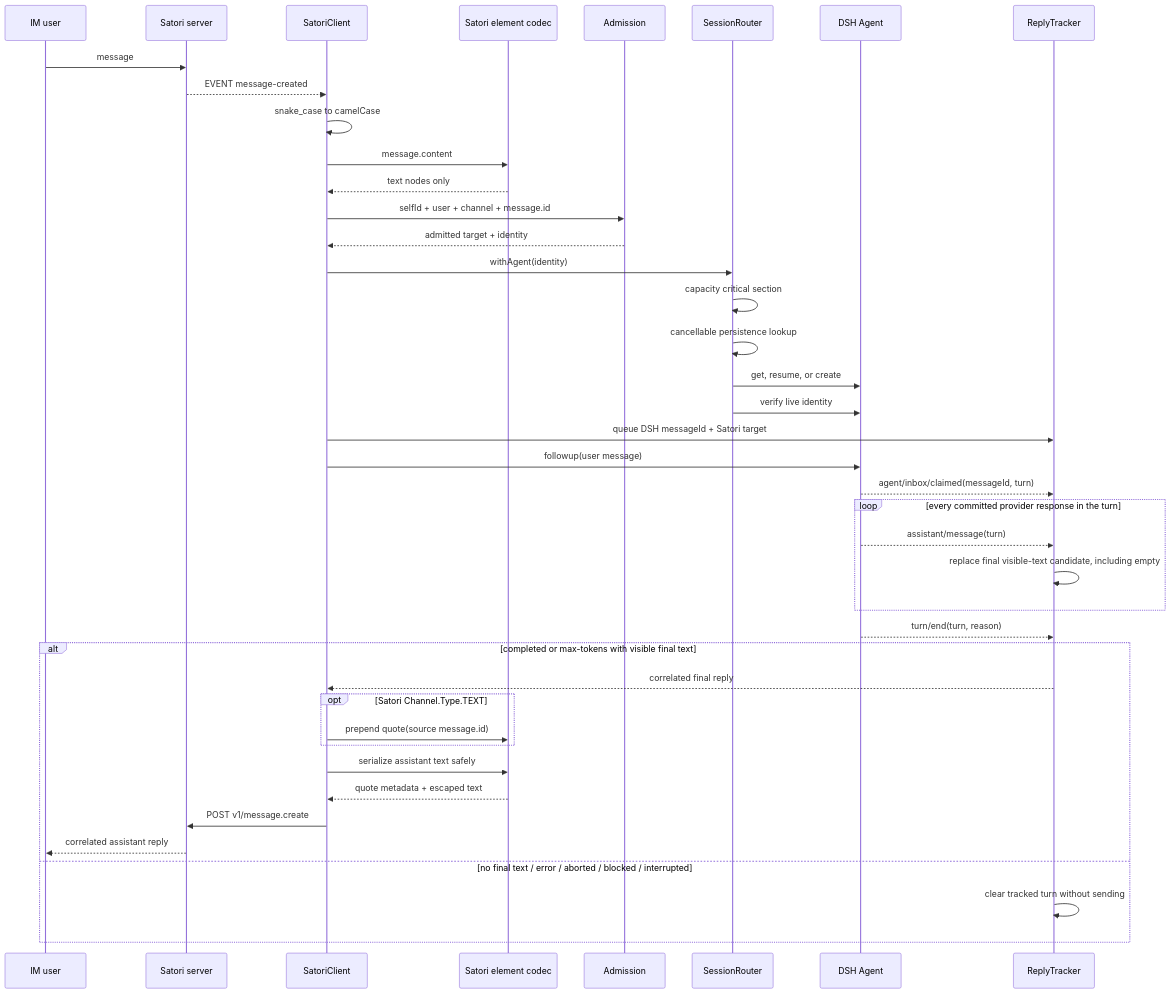
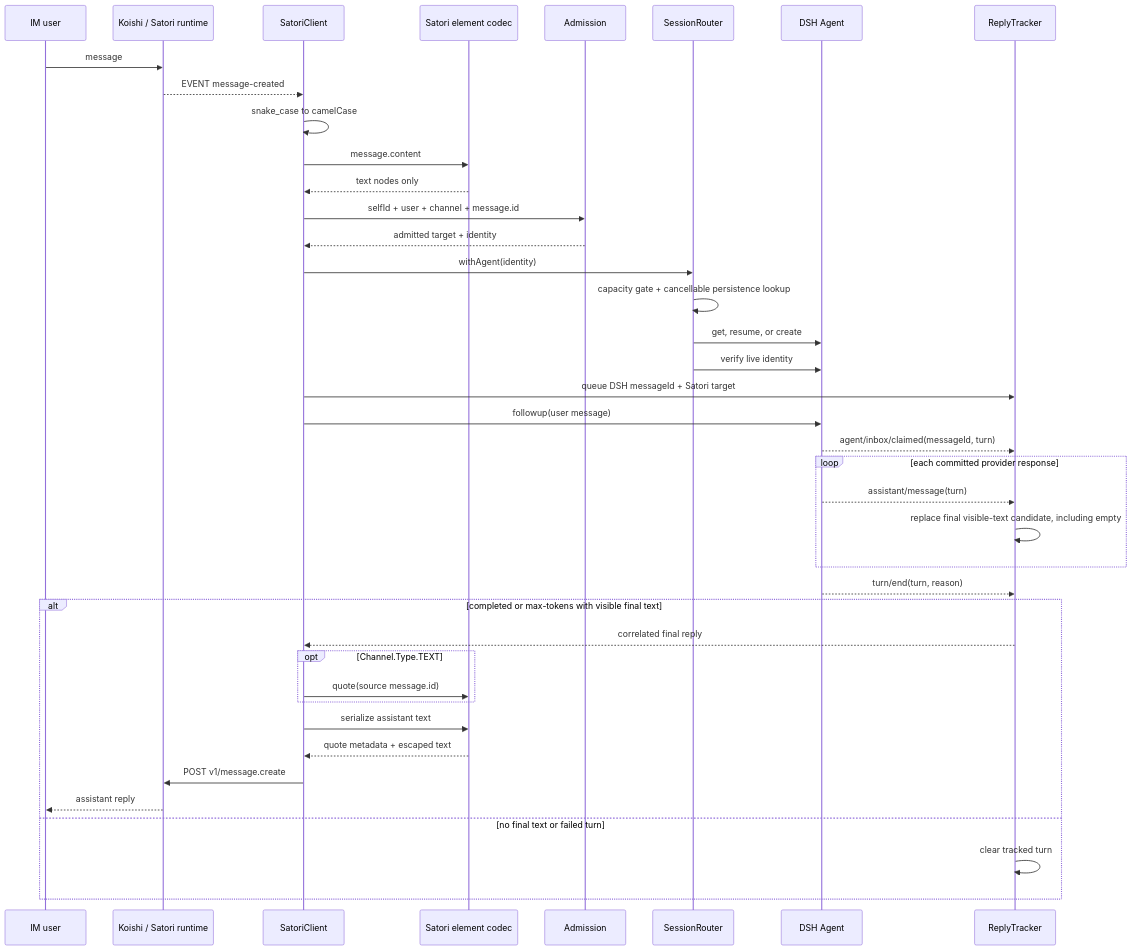
One commit to Ri0n72Y/dsh-satori changed the diagram in docs/data-flow.md. Above: the diagram before and after it, drawn with Mermaid. The commit also changed other lines of this file and 4 other files, not shown here.

Commit message:
docs: clarify Koishi Satori setup and test status

````diff
--- a/docs/data-flow.md
+++ b/docs/data-flow.md
@@ -3,44 +3,43 @@
 ```mermaid
 sequenceDiagram
     participant U as IM user
-    participant S as Satori server
+    participant S as Koishi / Satori runtime
     participant C as SatoriClient
     participant E as Satori element codec
     participant G as Admission
     participant R as SessionRouter
     participant A as DSH Agent
     participant T as ReplyTracker
 
     U->>S: message
     S-->>C: EVENT message-created
     C->>C: snake_case to camelCase
     C->>E: message.content
     E-->>C: text nodes only
     C->>G: selfId + user + channel + message.id
     G-->>C: admitted target + identity
     C->>R: withAgent(identity)
-    R->>R: capacity critical section
-    R->>R: cancellable persistence lookup
+    R->>R: capacity gate + cancellable persistence lookup
     R->>A: get, resume, or create
     R->>A: verify live identity
     C->>T: queue DSH messageId + Satori target
     C->>A: followup(user message)
     A-->>T: agent/inbox/claimed(messageId, turn)
-    loop every committed provider response in the turn
+    loop each committed provider response
         A-->>T: assistant/message(turn)
         T->>T: replace final visible-text candidate, including empty
     end
     A-->>T: turn/end(turn, reason)
     alt completed or max-tokens with visible final text
         T-->>C: correlated final reply
-        opt Satori Channel.Type.TEXT
-            C->>E: prepend quote(source message.id)
+        opt Channel.Type.TEXT
+            C->>E: quote(source message.id)
         end
-        C->>E: serialize assistant text safely
+        C->>E: serialize assistant text
         E-->>C: quote metadata + escaped text
         C->>S: POST v1/message.create
-        S-->>U: correlated assistant reply
-    else no final text / error / aborted / blocked / interrupted
-        T->>T: clear tracked turn without sending
+        S-->>U: assistant reply
+    else no final text or failed turn
+        T->>T: clear tracked turn
     end
 ```
````
